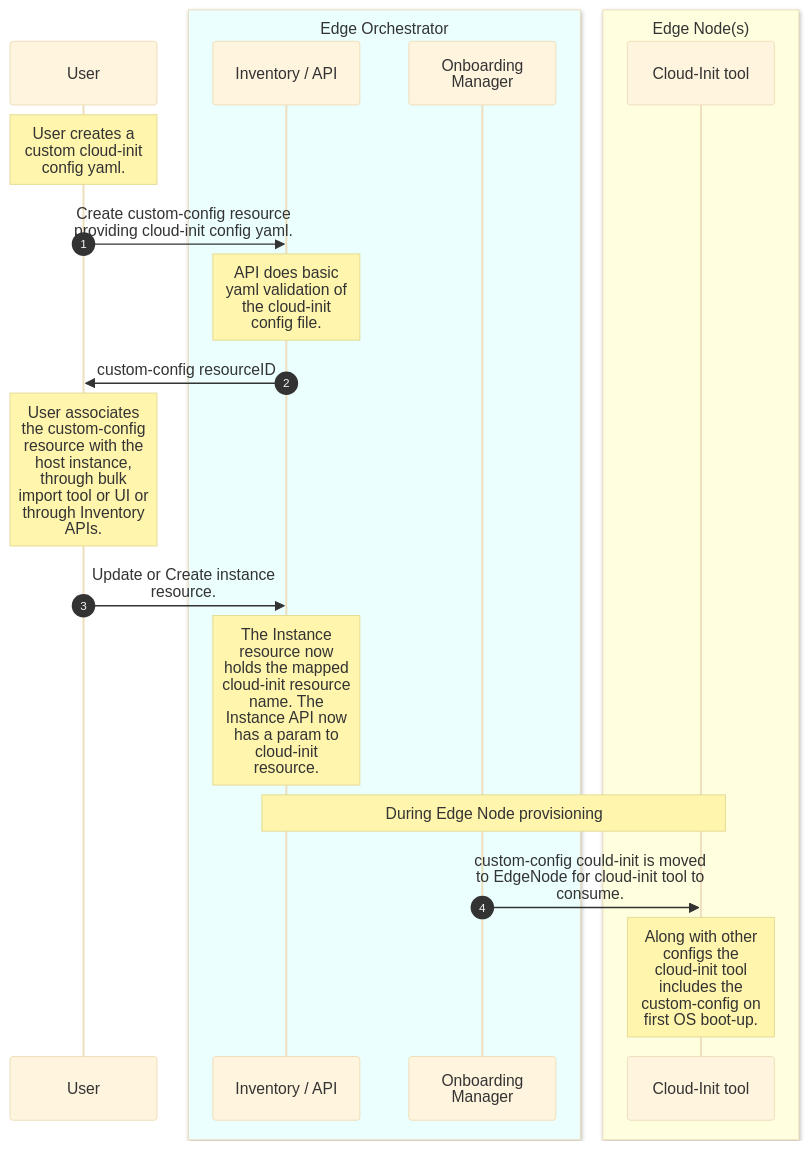
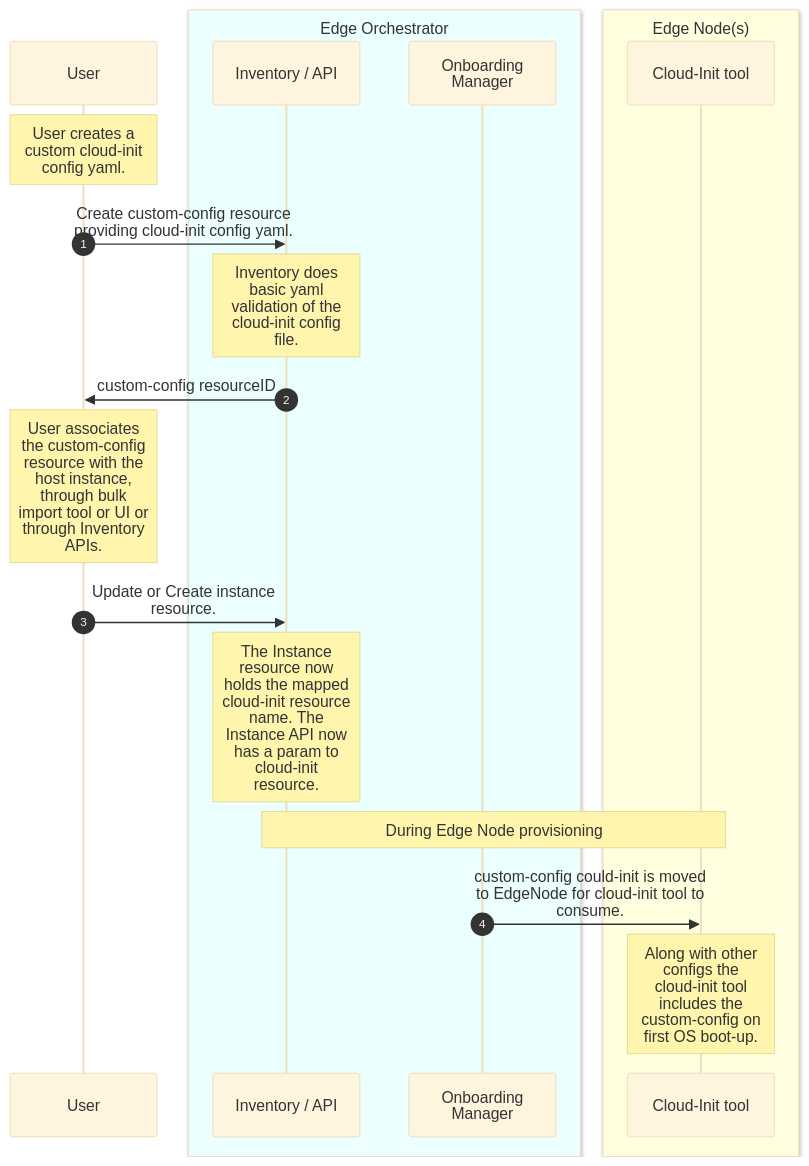
One commit to open-edge-platform/edge-manageability-framework changed the diagram in design-proposals/design-proposal-custom-config.md. Above: the diagram before and after it, drawn with Mermaid (base theme). The commit also changed other lines of this file, not shown here.

````diff
--- a/design-proposals/design-proposal-custom-config.md
+++ b/design-proposals/design-proposal-custom-config.md
@@ -107,31 +107,31 @@
 ```mermaid
 sequenceDiagram
 %%{wrap}%%
 autonumber
   participant user as User
   box rgb(235,255,255) Edge Orchestrator
 
   participant inv as Inventory / API
   participant om as Onboarding Manager
   end
   
   note over user : User creates a custom cloud-init config yaml.
 
   user ->> inv : Create custom-config resource providing cloud-init config yaml.
-  note over inv : API does basic yaml validation of the cloud-init config file.
+  note over inv : Inventory does basic yaml validation of the cloud-init config file.
   inv ->> user : custom-config resourceID 
 
   note over user : User associates the custom-config resource with the host instance, through bulk import tool or UI or through Inventory APIs.  
   user ->> inv : Update or Create instance resource. 
   note over inv : The Instance resource now holds the mapped cloud-init resource name. The Instance API now has a param to  cloud-init resource.
 
   box LightYellow Edge Node(s)
   participant ctl as Cloud-Init tool
   end
 
   note over inv, ctl : During Edge Node provisioning
   om ->> ctl : custom-config could-init is moved to EdgeNode for cloud-init tool to consume.
 
   note over ctl : Along with other configs the cloud-init tool includes the custom-config on first OS boot-up.
 
 ```
````
